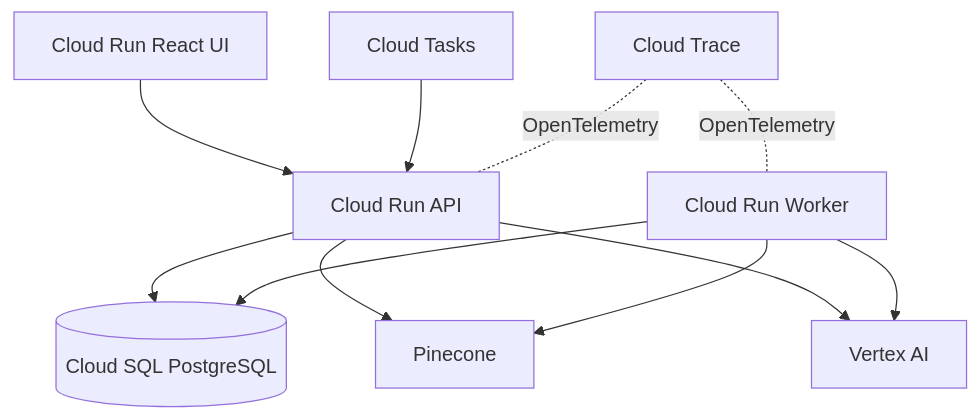
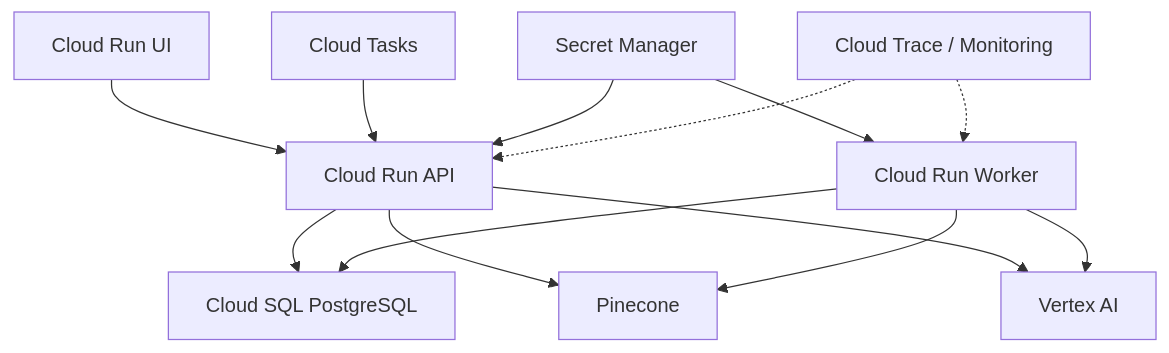
The fifth of 5 diagrams in docs/architecture.md (tarunngusain08/knowledge-forge), drawn with Mermaid before and after one commit. The commit also changed other lines of this file and 6 other files, not shown here.

````diff
--- a/docs/architecture.md
+++ b/docs/architecture.md
@@ -70,13 +214,15 @@
 ```mermaid
 flowchart TB
-  API[Cloud Run API] --> SQL[(Cloud SQL PostgreSQL)]
-  API --> PC[Pinecone]
-  API --> VX[Vertex AI]
-  UI[Cloud Run React UI] --> API
-  TASKS[Cloud Tasks] --> API
-  WORKER[Cloud Run Worker] --> SQL
-  WORKER --> PC
-  WORKER --> VX
-  TRACE[Cloud Trace] -. OpenTelemetry .- API
-  TRACE -. OpenTelemetry .- WORKER
+  UI["Cloud Run UI"] --> API["Cloud Run API"]
+  API --> SQL["Cloud SQL PostgreSQL"]
+  API --> Pinecone["Pinecone"]
+  API --> Vertex["Vertex AI"]
+  Tasks["Cloud Tasks"] --> API
+  Worker["Cloud Run Worker"] --> SQL
+  Worker --> Pinecone
+  Worker --> Vertex
+  Secrets["Secret Manager"] --> API
+  Secrets --> Worker
+  Trace["Cloud Trace / Monitoring"] -.-> API
+  Trace -.-> Worker
 ```
````
